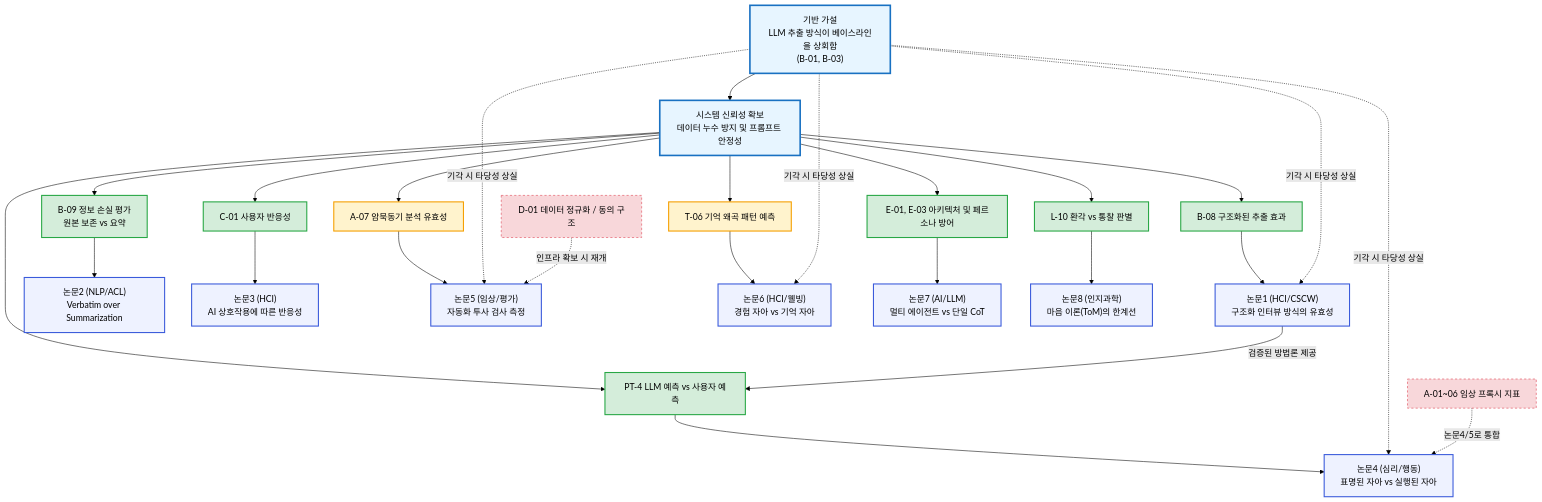
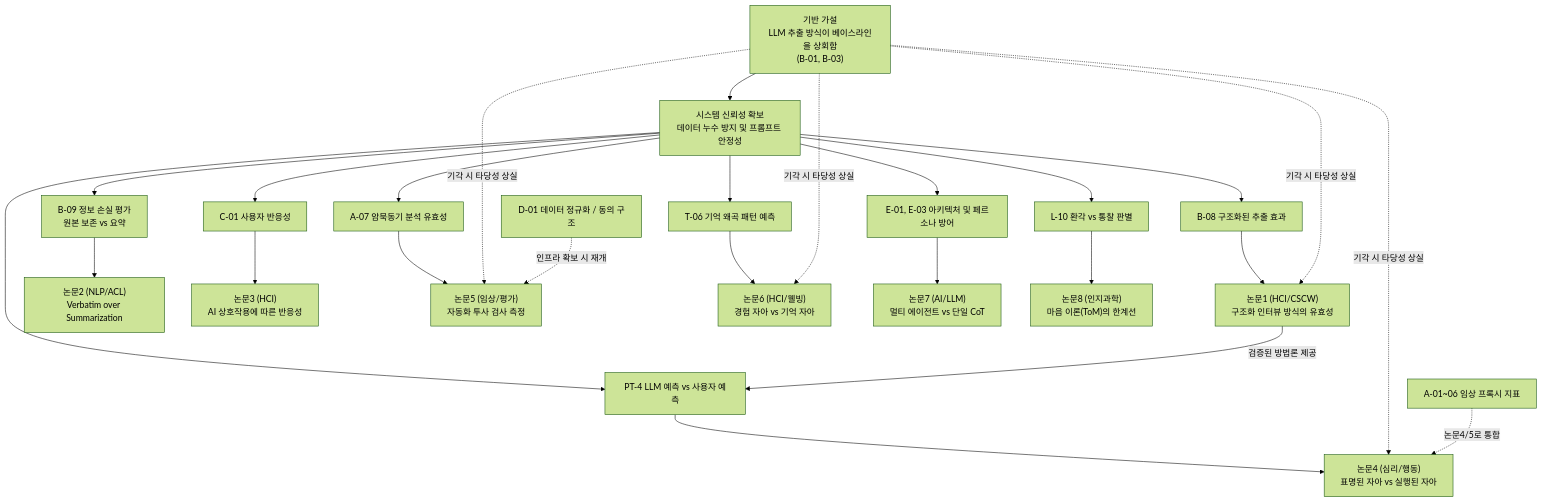
One commit to YiTanJang/extracting-the-human-mind changed the diagram in 논문 전략.md. Above: the diagram before and after it, drawn with Mermaid (forest theme).

Commit message:
docs: 논문 전략 플로우차트 색상 지정 제거 (시각적 깔끔함)

````diff
--- a/논문 전략.md
+++ b/논문 전략.md
@@ -27,41 +27,35 @@
 ```mermaid
 graph TD
-    classDef paper fill:#eef2ff,stroke:#3b5bdb,stroke-width:2px;
-    classDef key fill:#d4edda,stroke:#28a745,stroke-width:2px;
-    classDef risky fill:#fff3cd,stroke:#f59f00,stroke-width:2px;
-    classDef null fill:#f8d7da,stroke:#dc3545,stroke-width:1px,stroke-dasharray: 4 4;
-    classDef root fill:#e7f5ff,stroke:#1971c2,stroke-width:3px;
-
-    R0["기반 가설<br/>LLM 추출 방식이 베이스라인을 상회함<br/>(B-01, B-03)"]:::root
-    FND["시스템 신뢰성 확보<br/>데이터 누수 방지 및 프롬프트 안정성"]:::root
+    R0["기반 가설<br/>LLM 추출 방식이 베이스라인을 상회함<br/>(B-01, B-03)"]
+    FND["시스템 신뢰성 확보<br/>데이터 누수 방지 및 프롬프트 안정성"]
     R0 --> FND
 
     %% 주요 연구
-    K1["B-08 구조화된 추출 효과"]:::key --> P1["논문1 (HCI/CSCW)<br/>구조화 인터뷰 방식의 유효성"]:::paper
-    K2["B-09 정보 손실 평가<br/>원본 보존 vs 요약"]:::key --> P2["논문2 (NLP/ACL)<br/>Verbatim over Summarization"]:::paper
+    K1["B-08 구조화된 추출 효과"] --> P1["논문1 (HCI/CSCW)<br/>구조화 인터뷰 방식의 유효성"]
+    K2["B-09 정보 손실 평가<br/>원본 보존 vs 요약"] --> P2["논문2 (NLP/ACL)<br/>Verbatim over Summarization"]
 
     %% 독립 연구
-    K3["C-01 사용자 반응성"]:::key --> P3["논문3 (HCI)<br/>AI 상호작용에 따른 반응성"]:::paper
+    K3["C-01 사용자 반응성"] --> P3["논문3 (HCI)<br/>AI 상호작용에 따른 반응성"]
 
     %% 후속 연구 (기반 가설 의존)
-    K4["PT-4 LLM 예측 vs 사용자 예측"]:::key --> P4["논문4 (심리/행동)<br/>표명된 자아 vs 실행된 자아"]:::paper
-    K5["A-07 암묵동기 분석 유효성"]:::risky --> P5["논문5 (임상/평가)<br/>자동화 투사 검사 측정"]:::paper
-    K6["T-06 기억 왜곡 패턴 예측"]:::risky --> P6["논문6 (HCI/웰빙)<br/>경험 자아 vs 기억 자아"]:::paper
+    K4["PT-4 LLM 예측 vs 사용자 예측"] --> P4["논문4 (심리/행동)<br/>표명된 자아 vs 실행된 자아"]
+    K5["A-07 암묵동기 분석 유효성"] --> P5["논문5 (임상/평가)<br/>자동화 투사 검사 측정"]
+    K6["T-06 기억 왜곡 패턴 예측"] --> P6["논문6 (HCI/웰빙)<br/>경험 자아 vs 기억 자아"]
 
     %% 신규 연구 (엔지니어링/인지과학)
-    K7["E-01, E-03 아키텍처 및 페르소나 방어"]:::key --> P7["논문7 (AI/LLM)<br/>멀티 에이전트 vs 단일 CoT"]:::paper
-    K8["L-10 환각 vs 통찰 판별"]:::key --> P8["논문8 (인지과학)<br/>마음 이론(ToM)의 한계선"]:::paper
+    K7["E-01, E-03 아키텍처 및 페르소나 방어"] --> P7["논문7 (AI/LLM)<br/>멀티 에이전트 vs 단일 CoT"]
+    K8["L-10 환각 vs 통찰 판별"] --> P8["논문8 (인지과학)<br/>마음 이론(ToM)의 한계선"]
 
     %% 보류/통합 대상
-    D01["D-01 데이터 정규화 / 동의 구조"]:::null
-    CL["A-01~06 임상 프록시 지표"]:::null
+    D01["D-01 데이터 정규화 / 동의 구조"]
+    CL["A-01~06 임상 프록시 지표"]
 
     FND --> K1 & K2 & K3 & K4 & K5 & K6 & K7 & K8
     R0 -.->|기각 시 타당성 상실| P1
     R0 -.->|기각 시 타당성 상실| P4
     R0 -.->|기각 시 타당성 상실| P5
     R0 -.->|기각 시 타당성 상실| P6
     P1 -->|검증된 방법론 제공| K4
     CL -.->|논문4/5로 통합| P4
     D01 -.->|인프라 확보 시 재개| P5
 ```
````
